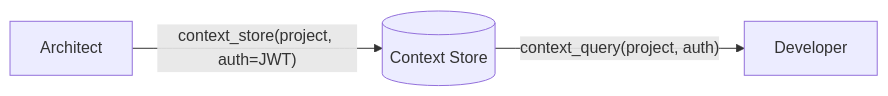
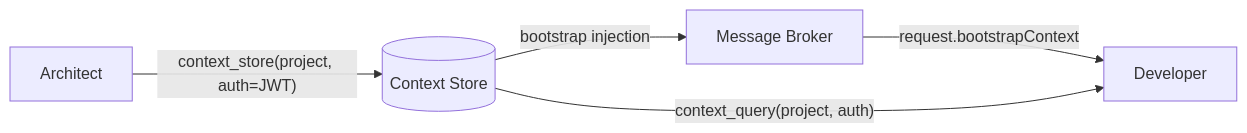
Before and after one commit to ia64mail/quorum: the fourth of 5 diagrams in docs/system-design.md, drawn with Mermaid. The commit also changed other lines of this file and 8 other files, not shown here.

Commit message:
Complete QRM4-005: Add comprehensive unit tests for `BootstrapContextService`, broker integration, and prompt rendering. Ensure full coverage for assembly logic, error handling, and backward compatibility.

````diff
--- a/docs/system-design.md
+++ b/docs/system-design.md
@@ -273,5 +273,7 @@
 ```mermaid
 graph LR
     A[Architect] -->|"context_store(project, auth=JWT)"| CS[(Context Store)]
-    CS -->|"context_query(project, auth)"| D[Developer]
+    CS -->|"bootstrap injection"| B[Message Broker]
+    B -->|"request.bootstrapContext"| D[Developer]
+    CS -->|"context_query(project, auth)"| D
 ```
````
